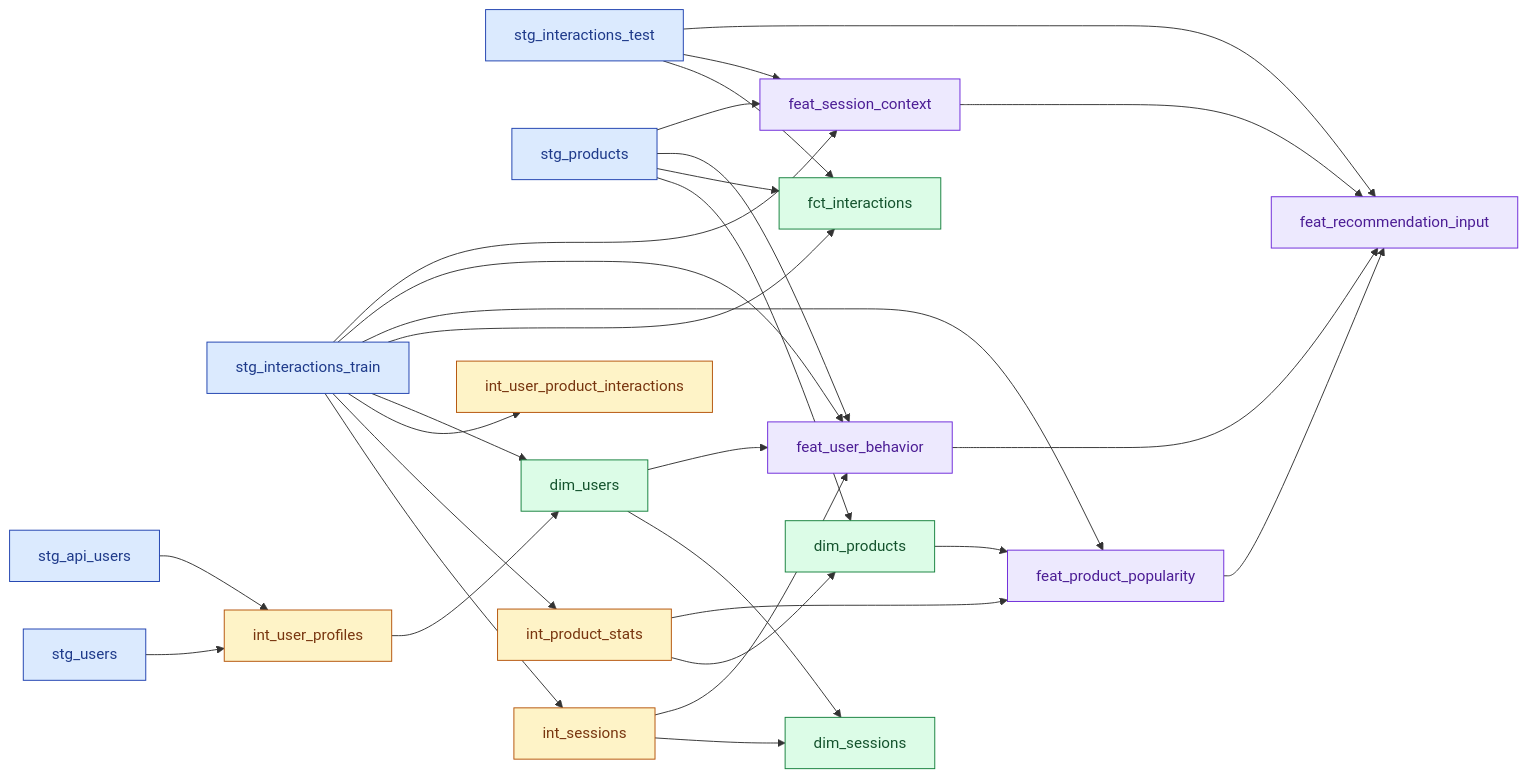
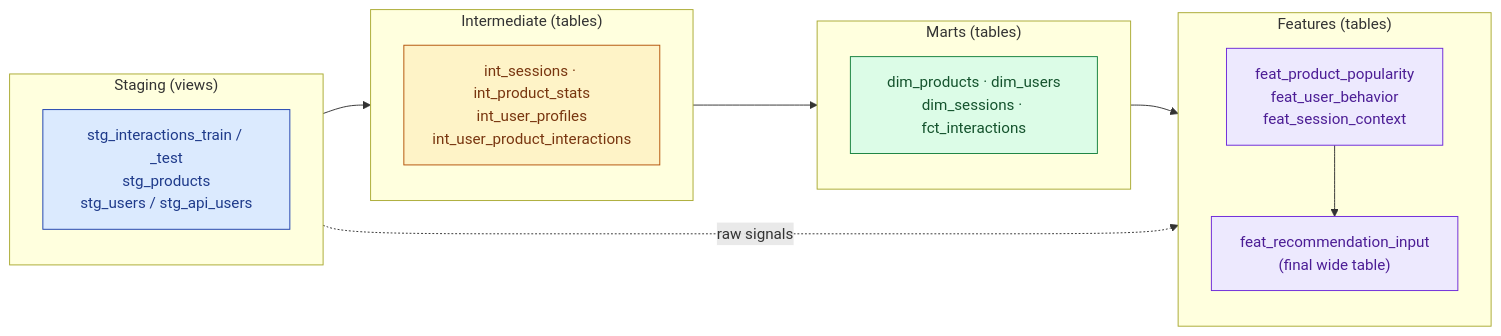
One commit to mponsclo/session-recommender-lambdarank changed the diagram in docs/1-data-pipeline.md. Above: the diagram before and after it, drawn with Mermaid. The commit also changed other lines of this file and 1 other file, not shown here.

Commit message:
simplify Mermaid architecture and lineage diagrams
Flatten README architecture diagram into a 3-stage horizontal pipeline,
collapsing 8 candidate-source nodes into a single Stage 1 box with
bullet items. Avoids the subgraph title-overlap rendering issue on
GitHub.

Apply the same flattening to the dbt lineage diagram in
docs/1-data-pipeline.md, replacing the 17-node / 25-edge crossing
mess with a layer-level Staging -> Intermediate -> Marts -> Features
flow plus a dotted shortcut for staging-to-features reads.

Also list the legacy exploratory scripts (prepare_data, products_features,
user_segmentation) under src/models/ in the README project structure.

````diff
--- a/docs/1-data-pipeline.md
+++ b/docs/1-data-pipeline.md
@@ -5,52 +5,32 @@
 ```mermaid
 flowchart LR
     classDef staging fill:#dbeafe,stroke:#1e40af,color:#1e3a8a
     classDef intermediate fill:#fef3c7,stroke:#b45309,color:#78350f
     classDef marts fill:#dcfce7,stroke:#15803d,color:#14532d
     classDef features fill:#ede9fe,stroke:#6d28d9,color:#4c1d95
 
-    stg_train[stg_interactions_train]:::staging
-    stg_test[stg_interactions_test]:::staging
-    stg_products[stg_products]:::staging
-    stg_users[stg_users]:::staging
-    stg_api_users[stg_api_users]:::staging
+    subgraph S["Staging (views)"]
+      direction TB
+      stg["stg_interactions_train / _test<br/>stg_products<br/>stg_users / stg_api_users"]:::staging
+    end
 
-    int_sessions[int_sessions]:::intermediate
-    int_product_stats[int_product_stats]:::intermediate
-    int_user_profiles[int_user_profiles]:::intermediate
-    int_upi[int_user_product_interactions]:::intermediate
+    subgraph I["Intermediate (tables)"]
+      direction TB
+      int["int_sessions · int_product_stats<br/>int_user_profiles<br/>int_user_product_interactions"]:::intermediate
+    end
 
-    dim_products[dim_products]:::marts
-    dim_users[dim_users]:::marts
-    dim_sessions[dim_sessions]:::marts
-    fct_interactions[fct_interactions]:::marts
+    subgraph M["Marts (tables)"]
+      direction TB
+      mart["dim_products · dim_users<br/>dim_sessions · fct_interactions"]:::marts
+    end
 
-    feat_pop[feat_product_popularity]:::features
-    feat_user[feat_user_behavior]:::features
-    feat_session[feat_session_context]:::features
-    feat_input[feat_recommendation_input]:::features
+    subgraph F["Features (tables)"]
+      direction TB
+      feats["feat_product_popularity<br/>feat_user_behavior<br/>feat_session_context"]:::features
+      input["feat_recommendation_input<br/>(final wide table)"]:::features
+      feats --> input
+    end
 
-    stg_train --> int_sessions & int_product_stats & int_upi
-    stg_users --> int_user_profiles
-    stg_api_users --> int_user_profiles
-
-    stg_products --> dim_products
-    int_product_stats --> dim_products
-    int_user_profiles --> dim_users
-    stg_train --> dim_users & fct_interactions
-    stg_test --> fct_interactions
-    stg_products --> fct_interactions
-    int_sessions --> dim_sessions
-    dim_users --> dim_sessions
-
-    dim_products --> feat_pop
-    int_product_stats --> feat_pop
-    stg_train --> feat_pop & feat_user & feat_session
-    stg_products --> feat_user & feat_session
-    int_sessions --> feat_user
-    dim_users --> feat_user
-    stg_test --> feat_session & feat_input
-    feat_session --> feat_input
-    feat_user --> feat_input
-    feat_pop --> feat_input
+    S --> I --> M --> F
+    S -.->|raw signals| F
 ```
````
